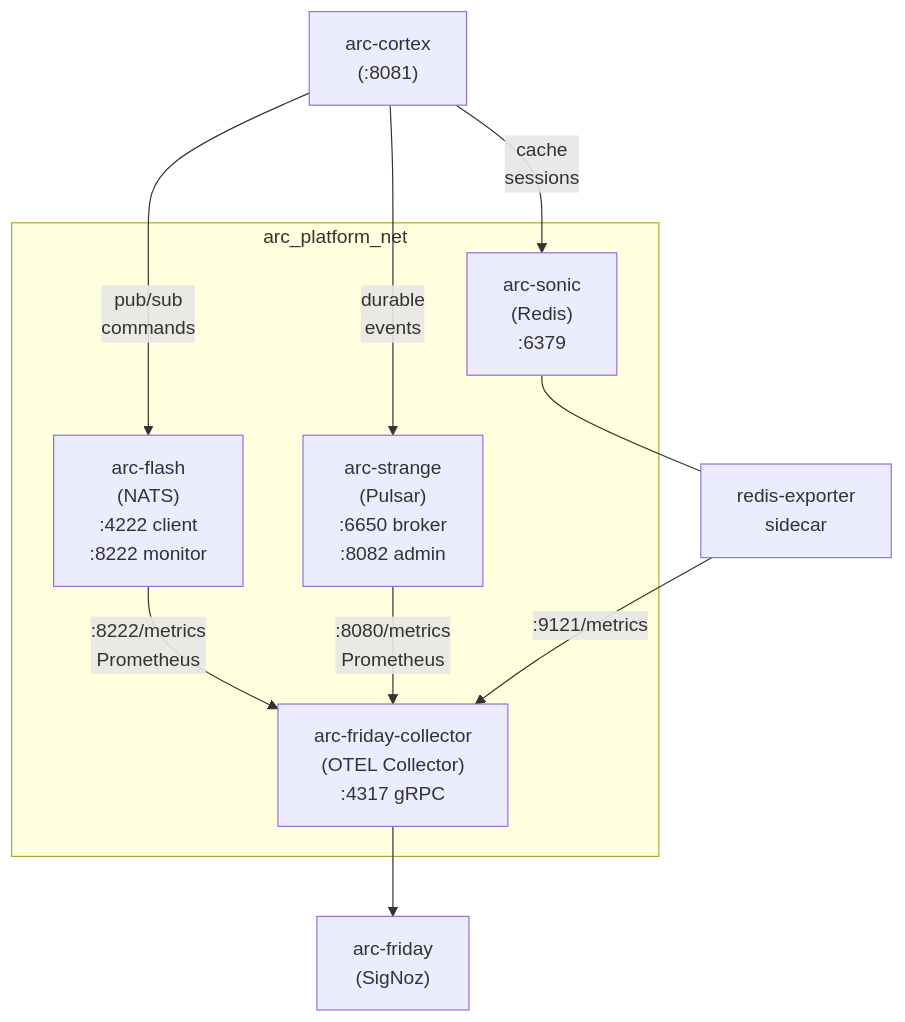
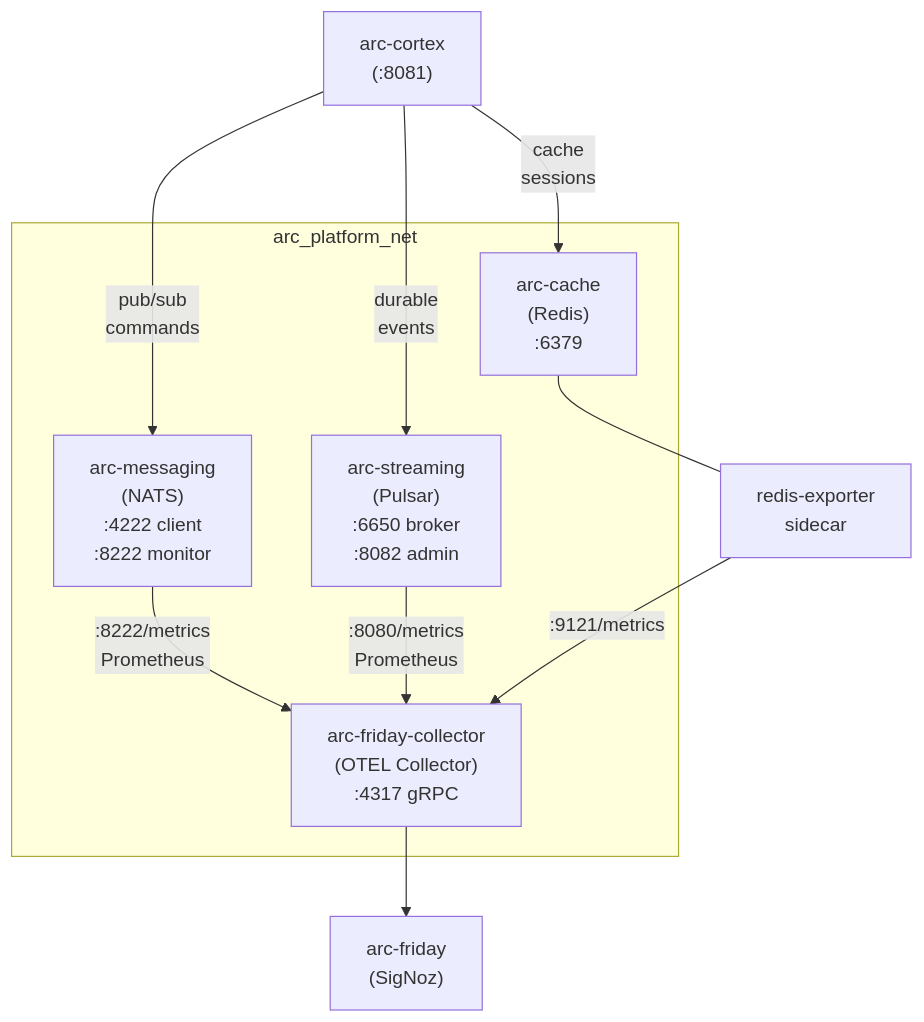
One commit to arc-framework/arc-platform changed the first of 2 diagrams in specs/003-messaging-setup/spec.md. Above: the diagram before and after it, drawn with Mermaid. The commit also changed other lines of this file and 34 other files, not shown here.

````diff
--- a/specs/003-messaging-setup/spec.md
+++ b/specs/003-messaging-setup/spec.md
@@ -26,20 +26,20 @@
 ```mermaid
 graph TD
     subgraph arc_platform_net
-        flash["arc-flash\n(NATS)\n:4222 client\n:8222 monitor"]
-        strange["arc-strange\n(Pulsar)\n:6650 broker\n:8082 admin"]
-        sonic["arc-sonic\n(Redis)\n:6379"]
+        flash["arc-messaging\n(NATS)\n:4222 client\n:8222 monitor"]
+        strange["arc-streaming\n(Pulsar)\n:6650 broker\n:8082 admin"]
+        sonic["arc-cache\n(Redis)\n:6379"]
         collector["arc-friday-collector\n(OTEL Collector)\n:4317 gRPC"]
     end
 
     cortex["arc-cortex\n(:8081)"] -->|pub/sub\ncommands| flash
     cortex -->|durable\nevents| strange
     cortex -->|cache\nsessions| sonic
 
     flash -->|:8222/metrics\nPrometheus| collector
     strange -->|:8080/metrics\nPrometheus| collector
     redis_exporter["redis-exporter\nsidecar"] -->|:9121/metrics| collector
     sonic --- redis_exporter
 
     collector --> friday["arc-friday\n(SigNoz)"]
 ```
````
